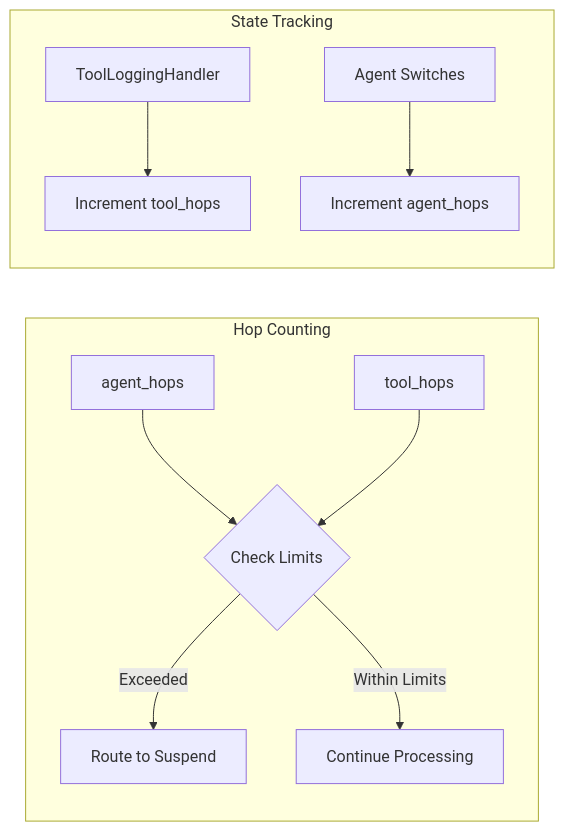
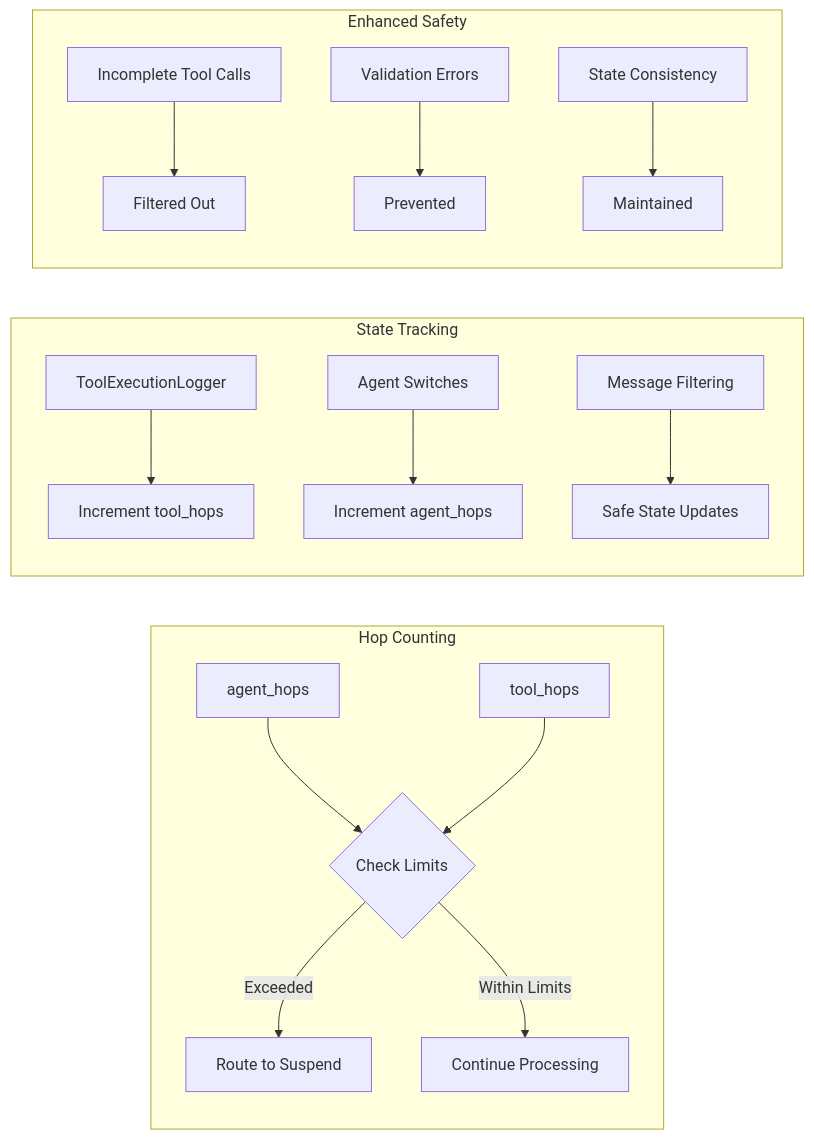
Before and after one commit to jonaskahn/cadence: the seventh of 19 diagrams in docs/concepts/langgraph-architecture.md, drawn with Mermaid. The commit also changed other lines of this file and 37 other files, not shown here.

````diff
--- a/docs/concepts/langgraph-architecture.md
+++ b/docs/concepts/langgraph-architecture.md
@@ -315,14 +394,21 @@
 ```mermaid
 graph LR
     subgraph "Hop Counting"
         A[agent_hops] --> B{Check Limits}
         C[tool_hops] --> B
         B -->|Exceeded| D[Route to Suspend]
         B -->|Within Limits| E[Continue Processing]
     end
     
     subgraph "State Tracking"
-        F[ToolLoggingHandler] --> G[Increment tool_hops]
+        F[ToolExecutionLogger] --> G[Increment tool_hops]
         H[Agent Switches] --> I[Increment agent_hops]
+        J[Message Filtering] --> K[Safe State Updates]
+    end
+    
+    subgraph "Enhanced Safety"
+        L[Incomplete Tool Calls] --> M[Filtered Out]
+        N[Validation Errors] --> O[Prevented]
+        P[State Consistency] --> Q[Maintained]
     end
 ```
````
